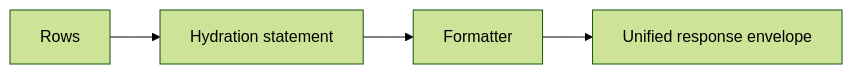
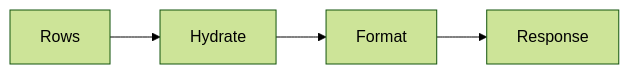
One commit to gitlabhq/orbit-knowledge-graph changed the sixth of 6 diagrams in docs/pages/engineering/architecture/querying/request-path.md. Above: the diagram before and after it, drawn with Mermaid (forest theme). The commit also changed other lines of this file and 3 other files, not shown here.

Commit message:
docs(architecture): apply the architecture page style to the querying section and add header images

````diff
--- a/docs/pages/engineering/architecture/querying/request-path.md
+++ b/docs/pages/engineering/architecture/querying/request-path.md
@@ -108,6 +87,4 @@
 ```mermaid
 flowchart LR
-    Rows --> Hydration[Hydration statement]
-    Hydration --> Formatter
-    Formatter --> Envelope[Unified response envelope]
+    Rows --> Hydrate --> Format --> Response
 ```
````
